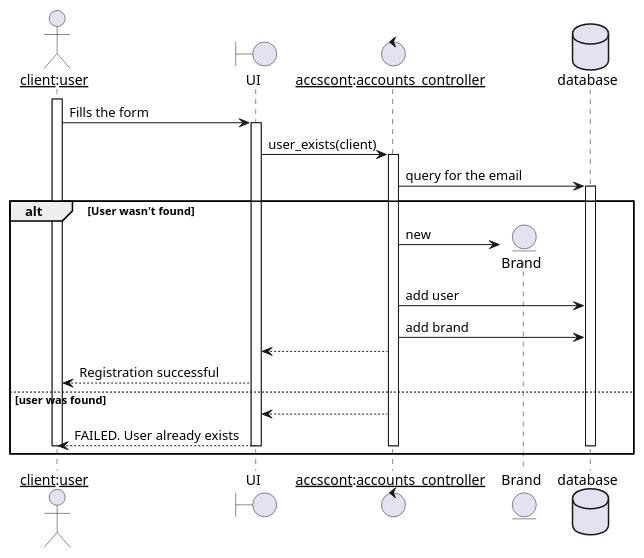
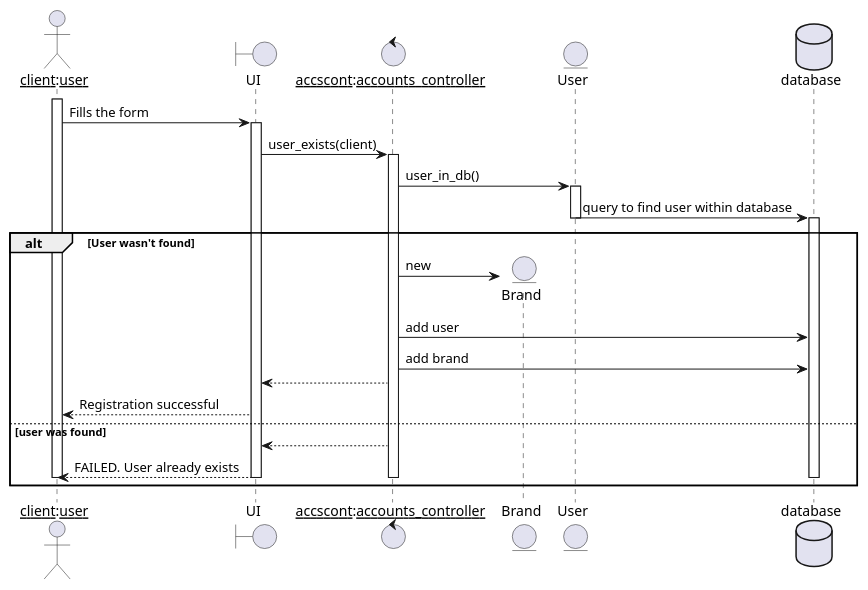
One commit to NadaaSelim/GP changed the diagram in Graphs/sequence_signup.puml. Above: the diagram before and after it, drawn with PlantUML. The commit also changed 9 other files, not shown here.

Commit message:
diagrams done

```diff
--- a/Graphs/sequence_signup.puml
+++ b/Graphs/sequence_signup.puml
@@ -1,30 +1,34 @@
 @startuml
 actor "__client__:__user__"
 boundary UI
 control "__accscont__:__accounts_controller__"
 entity Brand
+entity User
 database database
 activate "__client__:__user__" 
 "__client__:__user__" -> UI: Fills the form
 activate UI
 UI -> "__accscont__:__accounts_controller__": user_exists(client)
 activate "__accscont__:__accounts_controller__"
-"__accscont__:__accounts_controller__" -> database: query for the email
+"__accscont__:__accounts_controller__" -> User: user_in_db()
+activate User
+User-> database : query to find user within database
+deactivate User
 alt User wasn't found
   activate database
   create Brand
   "__accscont__:__accounts_controller__" -> Brand : new
   "__accscont__:__accounts_controller__" -> database : add user
-    "__accscont__:__accounts_controller__" -> database : add brand
+  "__accscont__:__accounts_controller__" -> database : add brand
 
   "__accscont__:__accounts_controller__" --> UI: 
   UI --> "__client__:__user__": Registration successful
 else user was found
   "__accscont__:__accounts_controller__" --> UI: 
   UI --> "__client__:__user__": FAILED. User already exists
 deactivate database
 deactivate "__accscont__:__accounts_controller__"
 deactivate UI
 deactivate "__client__:__user__"
 end
 @enduml
```
